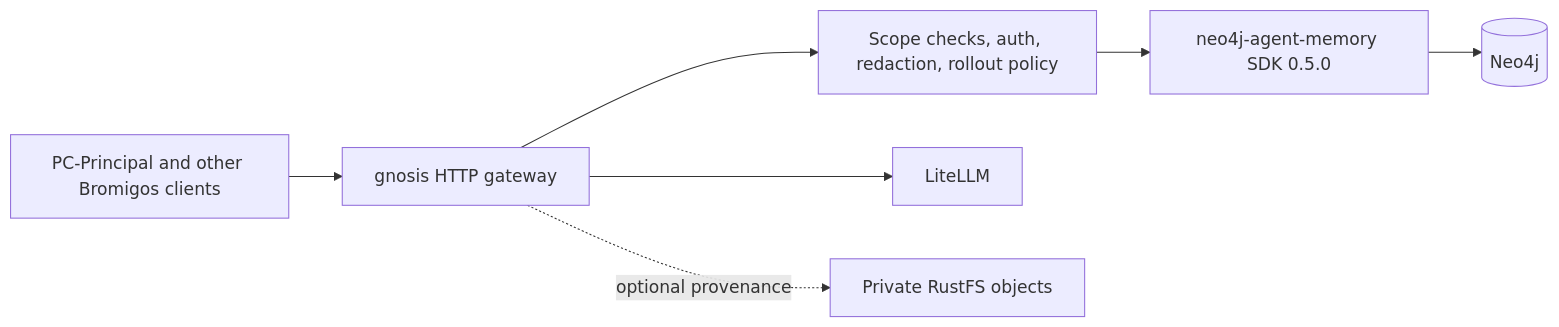
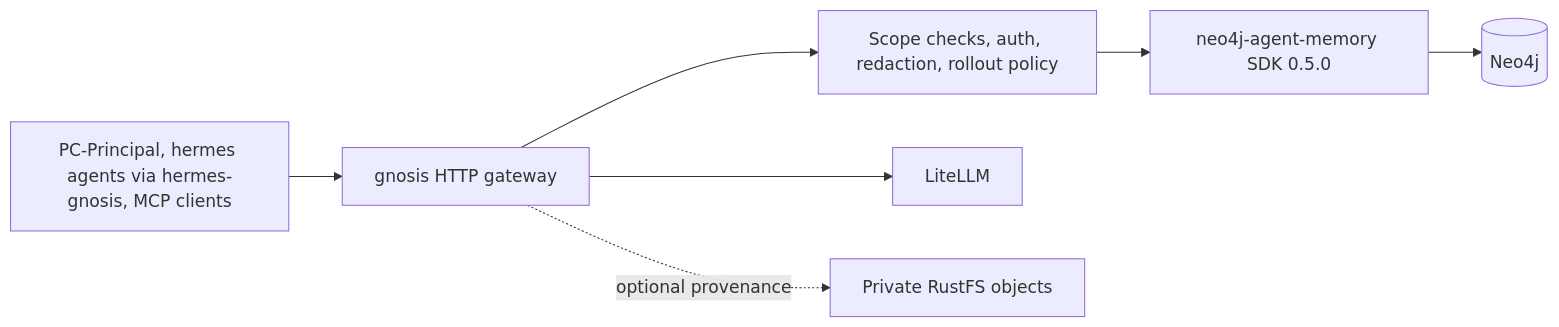
The first of 2 diagrams in README.md (bromigos-org/gnosis), drawn with Mermaid before and after one commit. The commit also changed other lines of this file, not shown here.

````diff
--- a/README.md
+++ b/README.md
@@ -18,17 +18,17 @@
 ```mermaid
 flowchart LR
-    Clients[PC-Principal and other Bromigos clients]
+    Clients[PC-Principal, hermes agents via hermes-gnosis, MCP clients]
     Gateway[gnosis HTTP gateway]
     Policy[Scope checks, auth, redaction, rollout policy]
     SDK[neo4j-agent-memory SDK 0.5.0]
     Neo4j[(Neo4j)]
     LiteLLM[LiteLLM]
     RustFS[Private RustFS objects]
 
     Clients --> Gateway
     Gateway --> Policy
     Policy --> SDK
     SDK --> Neo4j
     Gateway --> LiteLLM
     Gateway -. optional provenance .-> RustFS
 ```
````
